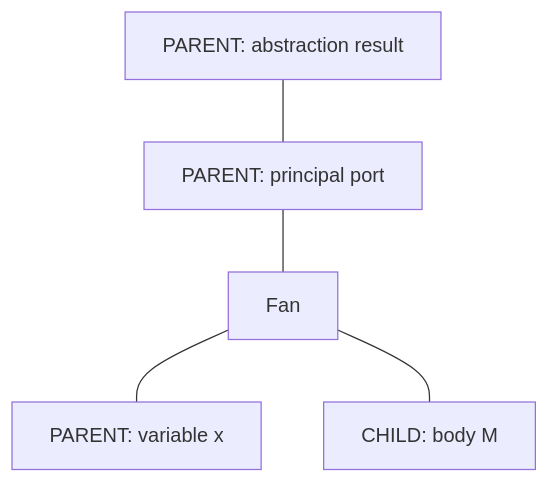
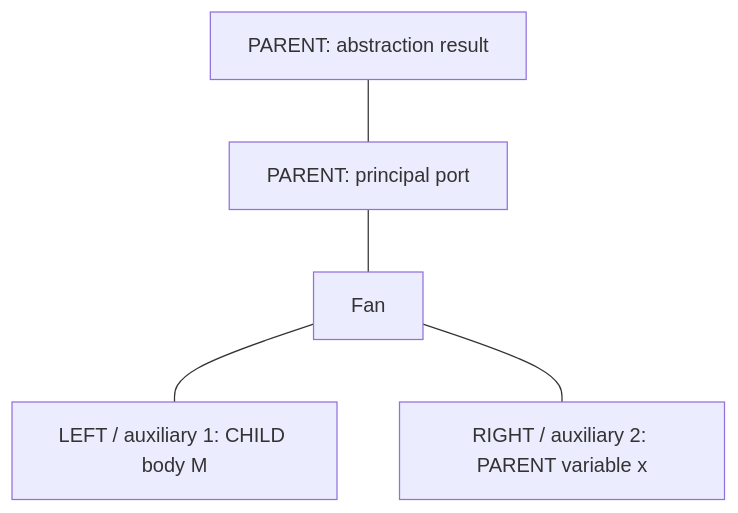
The first of 4 diagrams in NEXT_STEPS_GUIDE.md (gavlooth/delta_net_abstract_machine), drawn with Mermaid before and after one commit. The commit also changed other lines of this file and 5 other files, not shown here.

````diff
--- a/NEXT_STEPS_GUIDE.md
+++ b/NEXT_STEPS_GUIDE.md
@@ -193,7 +193,7 @@
 ```mermaid
 flowchart TB
   R[PARENT: abstraction result] --- P[PARENT: principal port]
   P --- F[Fan]
-  F --- V[PARENT: variable x]
-  F --- B[CHILD: body M]
+  F --- B[LEFT / auxiliary 1: CHILD body M]
+  F --- V[RIGHT / auxiliary 2: PARENT variable x]
 ```
````
